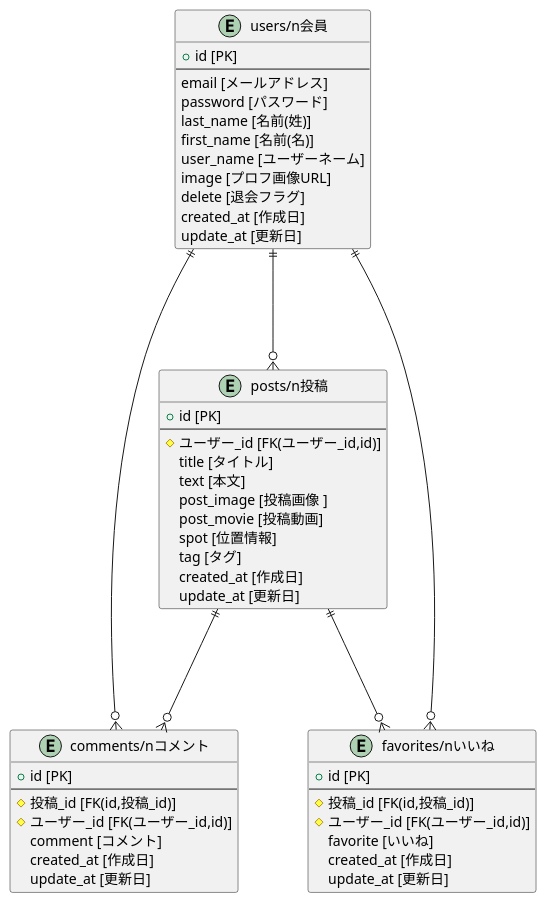
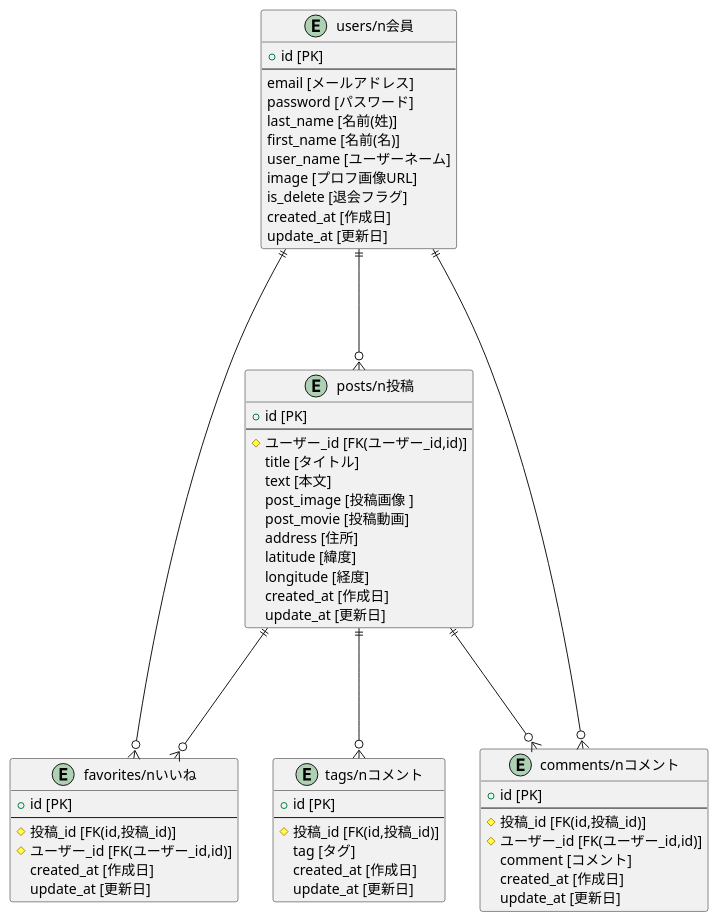
The diagram in README.md (herojejung/Ours), drawn with PlantUML before and after one commit.

Commit message:
[update]ER図編集

````diff
--- a/README.md
+++ b/README.md
@@ -46,53 +46,62 @@
 ```puml
 @startuml
 entity users as "users/n会員" {
   + id [PK]
   --
 email [メールアドレス]
 password [パスワード]
 last_name [名前(姓)]
 first_name [名前(名)]
 user_name [ユーザーネーム]
 image [プロフ画像URL]
-delete [退会フラグ]
+is_delete [退会フラグ]
 created_at [作成日]
 update_at [更新日]
 }
 entity posts as "posts/n投稿" {
   + id [PK]
   --
 # ユーザー_id [FK(ユーザー_id,id)]
 title [タイトル]
 text [本文]
 post_image [投稿画像 ]
 post_movie [投稿動画]
-spot [位置情報]
+address [住所]
+latitude [緯度]
+longitude [経度]
+created_at [作成日]
+update_at [更新日]
+}
+entity tags as "tags/nコメント" {
+  + id [PK]
+  --
+# 投稿_id [FK(id,投稿_id)]
 tag [タグ]
 created_at [作成日]
 update_at [更新日]
 }
 entity comments as "comments/nコメント" {
   + id [PK]
   --
 # 投稿_id [FK(id,投稿_id)]
 # ユーザー_id [FK(ユーザー_id,id)]
 comment [コメント]
 created_at [作成日]
 update_at [更新日]
 }
 entity favorites as "favorites/nいいね" {
   + id [PK]
   --
 # 投稿_id [FK(id,投稿_id)]
 # ユーザー_id [FK(ユーザー_id,id)]
-favorite [いいね]
 created_at [作成日]
 update_at [更新日]
 }
 users ||-d--o{ posts
+posts ||-d--o{tags
 users ||-d--o{ comments
 users ||-d--o{ favorites
 posts ||-d--o{ comments
 posts ||-d--o{ favorites
 @enduml
 ```
````
